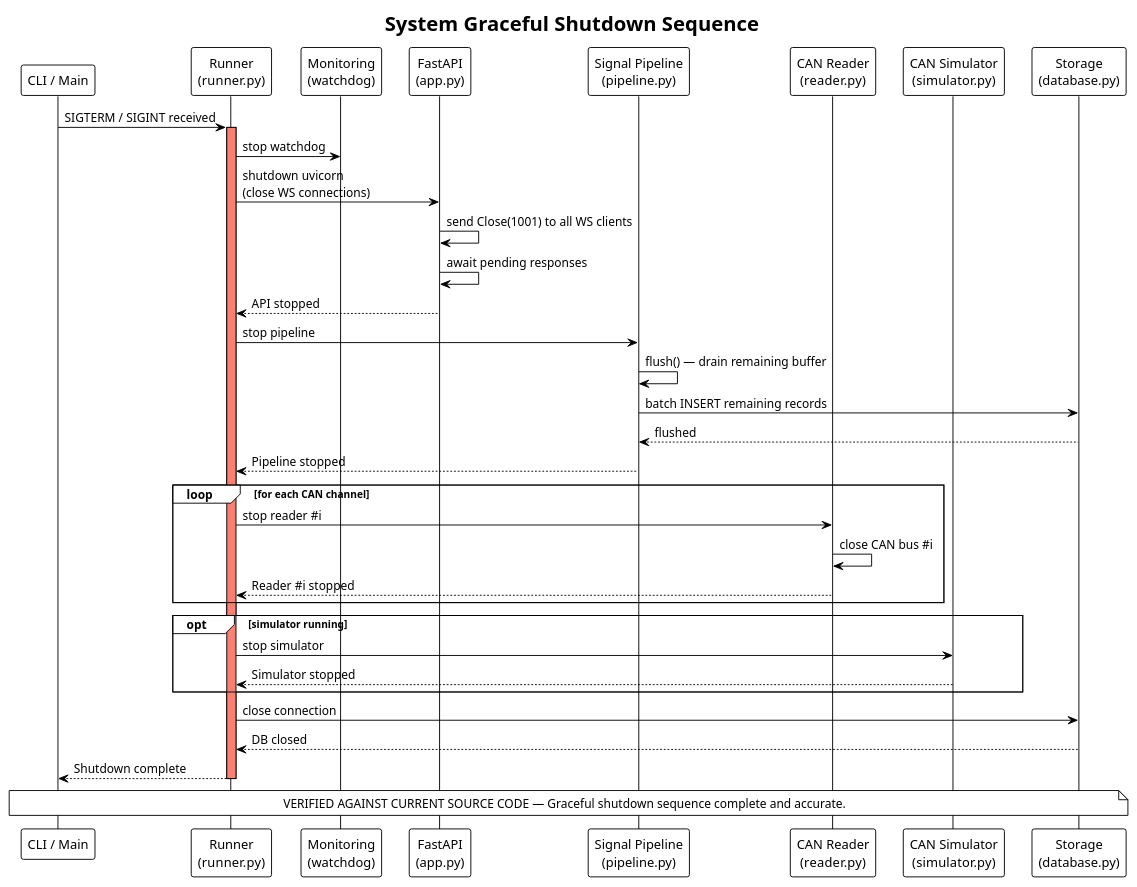
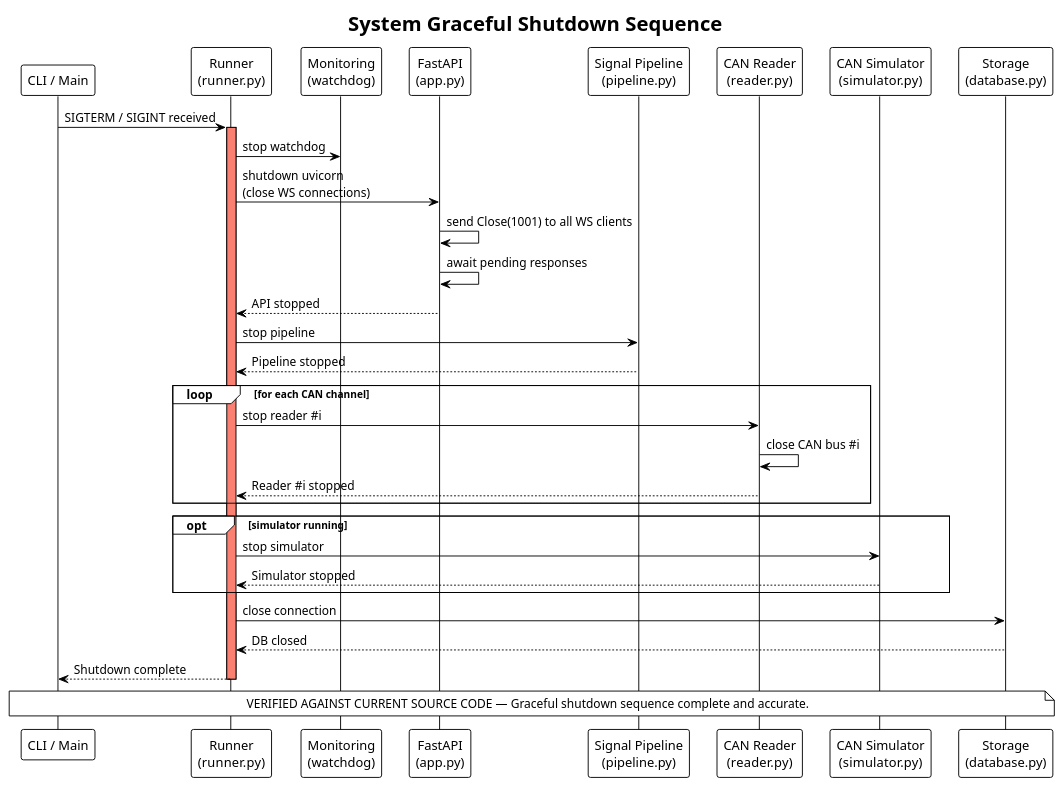
The diagram in diagram/SDD/SDD_sequence_boot_shutdown.puml (3tdn/car-hmi), drawn with PlantUML before and after one commit. The commit also changed 58 other files, not shown here.

```diff
--- a/diagram/SDD/SDD_sequence_boot_shutdown.puml
+++ b/diagram/SDD/SDD_sequence_boot_shutdown.puml
@@ -1,50 +1,47 @@
 @startuml
 !theme plain
 title System Graceful Shutdown Sequence
 
 participant "CLI / Main" as cli
 participant "Runner\n(runner.py)" as runner
 participant "Monitoring\n(watchdog)" as mon
 participant "FastAPI\n(app.py)" as api
 participant "Signal Pipeline\n(pipeline.py)" as pipe
 participant "CAN Reader\n(reader.py)" as reader
 participant "CAN Simulator\n(simulator.py)" as sim
 participant "Storage\n(database.py)" as db
 
 cli -> runner : SIGTERM / SIGINT received
 activate runner #salmon
 
 runner -> mon : stop watchdog
 runner -> api : shutdown uvicorn\n(close WS connections)
 api -> api : send Close(1001) to all WS clients
 api -> api : await pending responses
 api --> runner : API stopped
 
 runner -> pipe : stop pipeline
-pipe -> pipe : flush() — drain remaining buffer
-pipe -> db : batch INSERT remaining records
-db --> pipe : flushed
 pipe --> runner : Pipeline stopped
 
 loop for each CAN channel
     runner -> reader : stop reader #i
     reader -> reader : close CAN bus #i
     reader --> runner : Reader #i stopped
 end
 
 opt simulator running
     runner -> sim : stop simulator
     sim --> runner : Simulator stopped
 end
 
 runner -> db : close connection
 db --> runner : DB closed
 
 runner --> cli : Shutdown complete
 deactivate runner
 
 note over cli, db
   VERIFIED AGAINST CURRENT SOURCE CODE — Graceful shutdown sequence complete and accurate.
 end note
 
 @enduml
```
